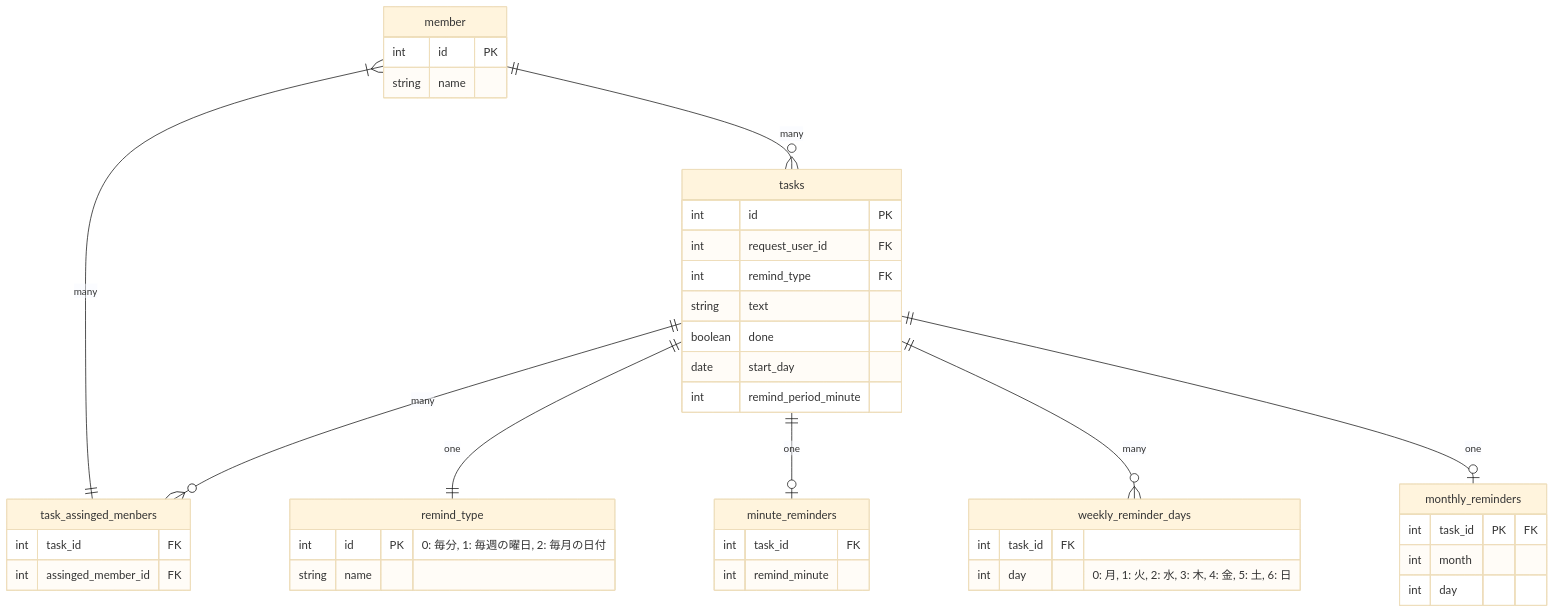
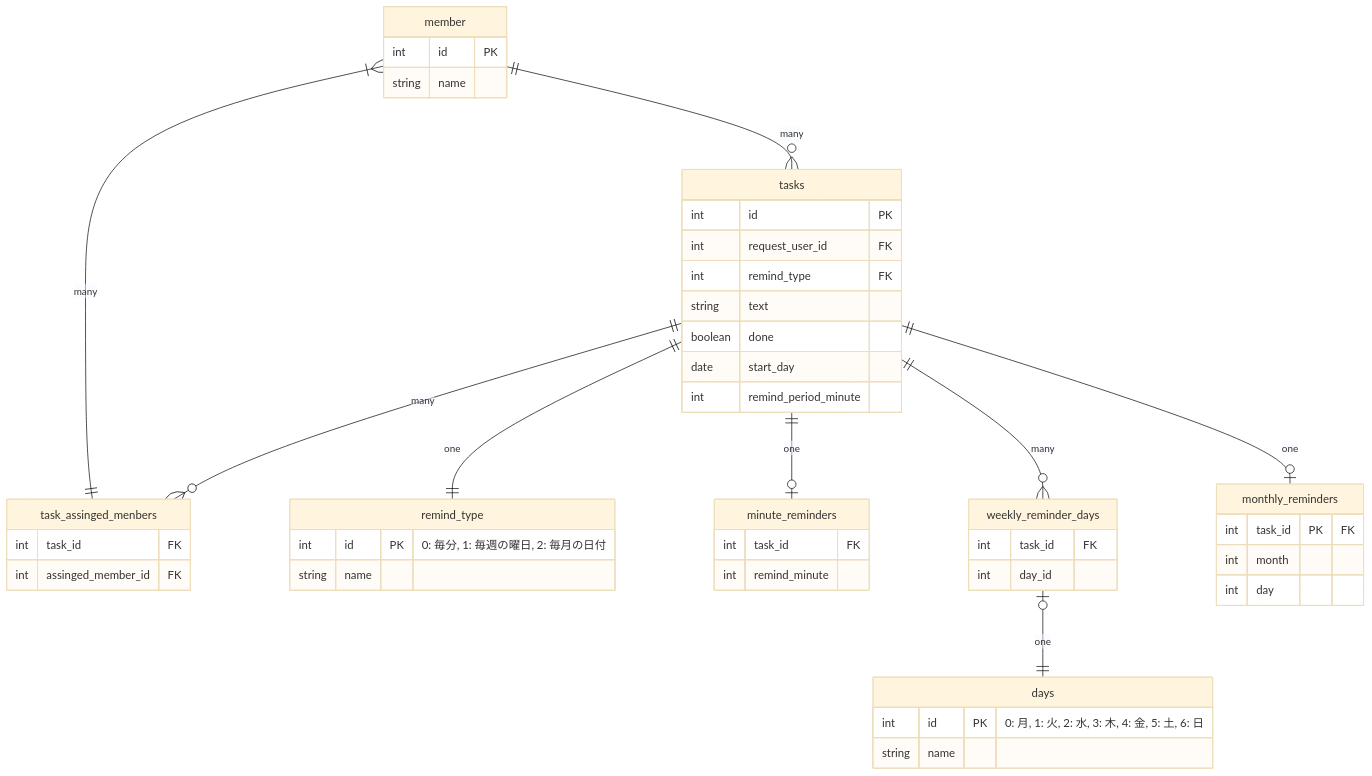
The diagram in db/db-modeling-4/README.md (HitoroOhria/praha-challenge), drawn with Mermaid (base theme) before and after one commit.

Commit message:
Add days talbe.

````diff
--- a/db/db-modeling-4/README.md
+++ b/db/db-modeling-4/README.md
@@ -5,51 +5,57 @@
 ```mermaid
 erDiagram
 
 member ||--o{ tasks : "many"
 member }|--|| task_assinged_menbers : "many"
 member {
   int id PK
   string name
 }
 
 tasks ||--o{ task_assinged_menbers : "many"
 tasks ||--|| remind_type : "one"
 tasks ||--o| minute_reminders : "one"
 tasks ||--o{ weekly_reminder_days : "many"
 tasks ||--o| monthly_reminders : "one"
 tasks {
   int id PK
   int request_user_id FK
   int remind_type FK
   string text
   boolean done
   date start_day
   int remind_period_minute
 }
 
 task_assinged_menbers {
   int task_id FK
   int assinged_member_id FK 
 }
 
 remind_type {
   int id PK "0: 毎分, 1: 毎週の曜日, 2: 毎月の日付"
   string name
 }
 
 minute_reminders {
   int task_id FK
   int remind_minute
 }
 
+weekly_reminder_days |o--|| days : "one"
 weekly_reminder_days {
   int task_id FK
-  int day "0: 月, 1: 火, 2: 水, 3: 木, 4: 金, 5: 土, 6: 日"
+  int day_id 
 }
 
 monthly_reminders {
   int task_id PK "FK"
   int month 
   int day
 }
+
+days {
+  int id PK "0: 月, 1: 火, 2: 水, 3: 木, 4: 金, 5: 土, 6: 日"
+  string name
+}
 ```
````
